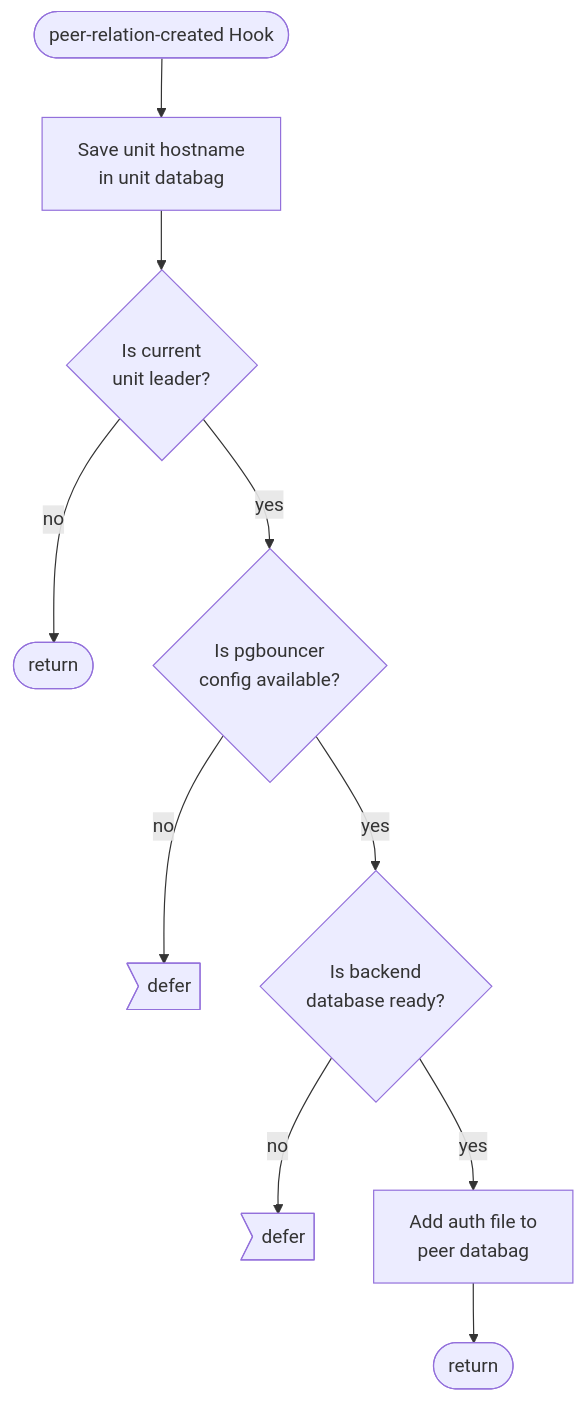
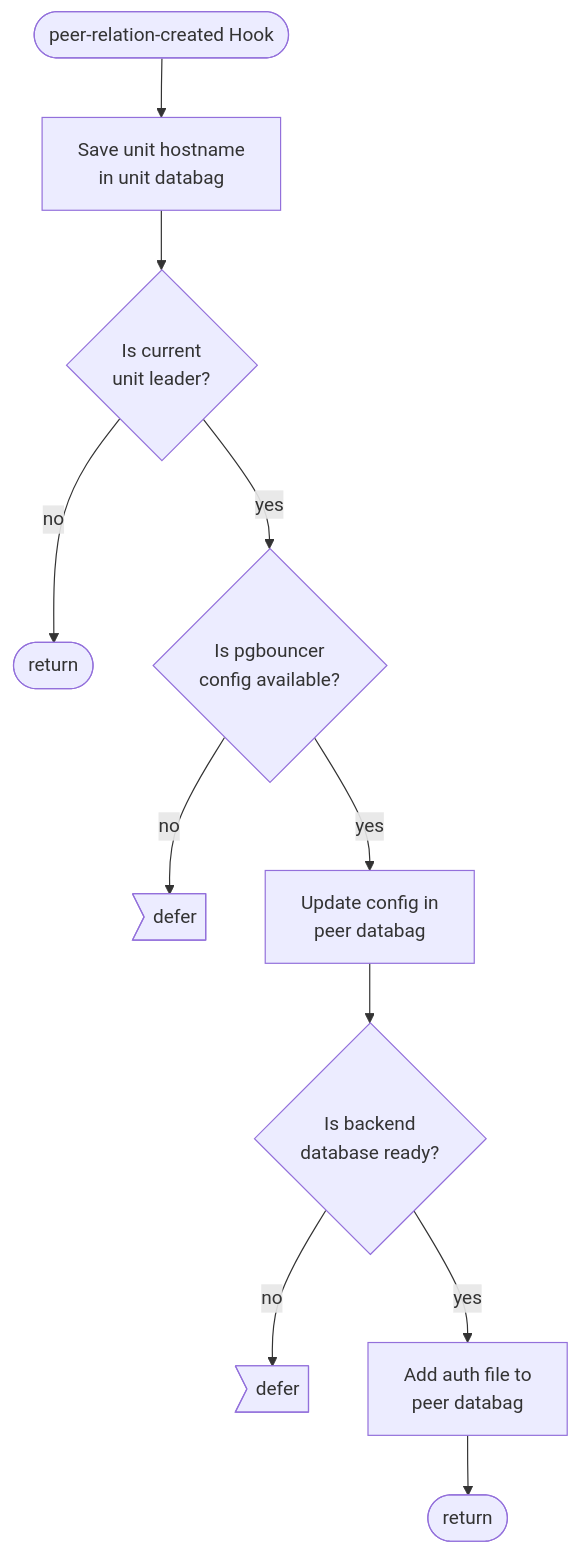
The first of 2 diagrams in documentation/reference/relations/peers.md (canonical/pgbouncer-k8s-operator), drawn with Mermaid before and after one commit. The commit also changed 2 other files, not shown here.

Commit message:
started documenting overall charm process

````diff
--- a/documentation/reference/relations/peers.md
+++ b/documentation/reference/relations/peers.md
@@ -28,12 +28,13 @@
 ```mermaid
 flowchart TD
   hook_fired([peer-relation-created Hook]) --> save_hostname[Save unit hostname\n in unit databag]
   save_hostname --> is_leader{Is current\nunit leader?}
   is_leader -- no --> rtn([return])
   is_leader -- yes --> is_cfg{Is pgbouncer\nconfig available?}
   is_cfg -- no --> defer>defer]
-  is_cfg -- yes --> is_backend_ready{Is backend\ndatabase ready?}
+  is_cfg -- yes --> update_cfg[Update config in\npeer databag]
+  update_cfg --> is_backend_ready{Is backend\ndatabase ready?}
   is_backend_ready -- no --> defer2>defer]
   is_backend_ready -- yes --> update_auth[Add auth file to\npeer databag]
   update_auth --> rtn2([return])
 ```
````
